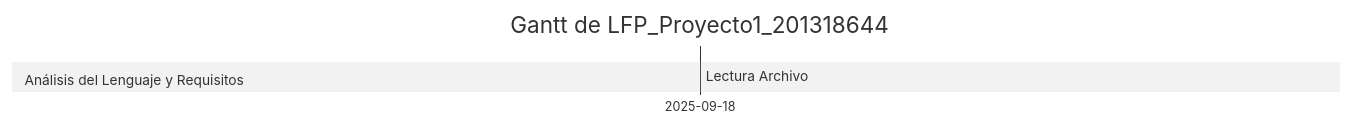
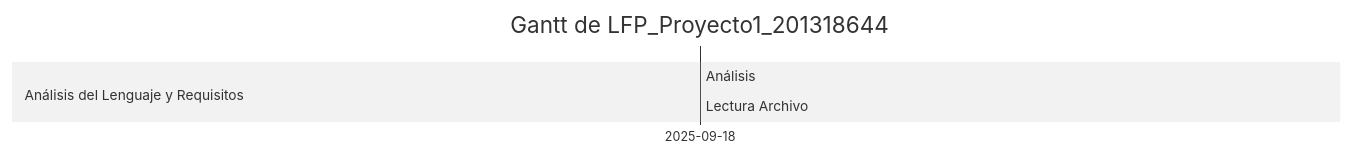
The diagram in docs/gantt.md (MynorCifuentes/TourneyJS), drawn with Mermaid (neutral theme) before and after one commit.

Commit message:
Actualiza diagrama de Gantt automático

````diff
--- a/docs/gantt.md
+++ b/docs/gantt.md
@@ -1,12 +1,13 @@
 ```mermaid
 gantt
     dateFormat  YYYY-MM-DD
     title Gantt de LFP_Proyecto1_201318644
     excludes    weekends
     section Análisis del Lenguaje y Requisitos
+    Análisis :active, 2, 2025-09-18, 2025-09-18
     Lectura Archivo :active, 1, 2025-09-18, 2025-09-18
     section Diseño del AFD y Diagrama del Sistema
     section Implementación del Analizador Léxico
     section Generación de Salidas
     section Pruebas, Corrección y Documentación
 ```
````
